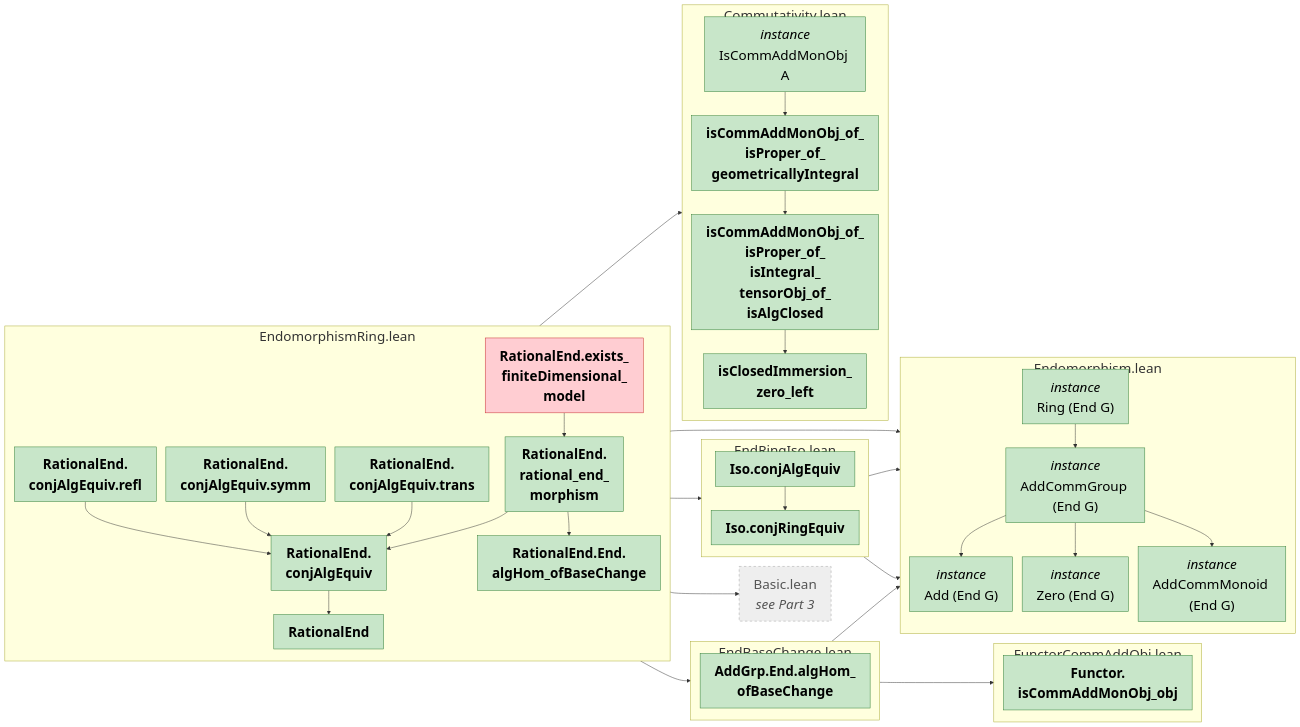
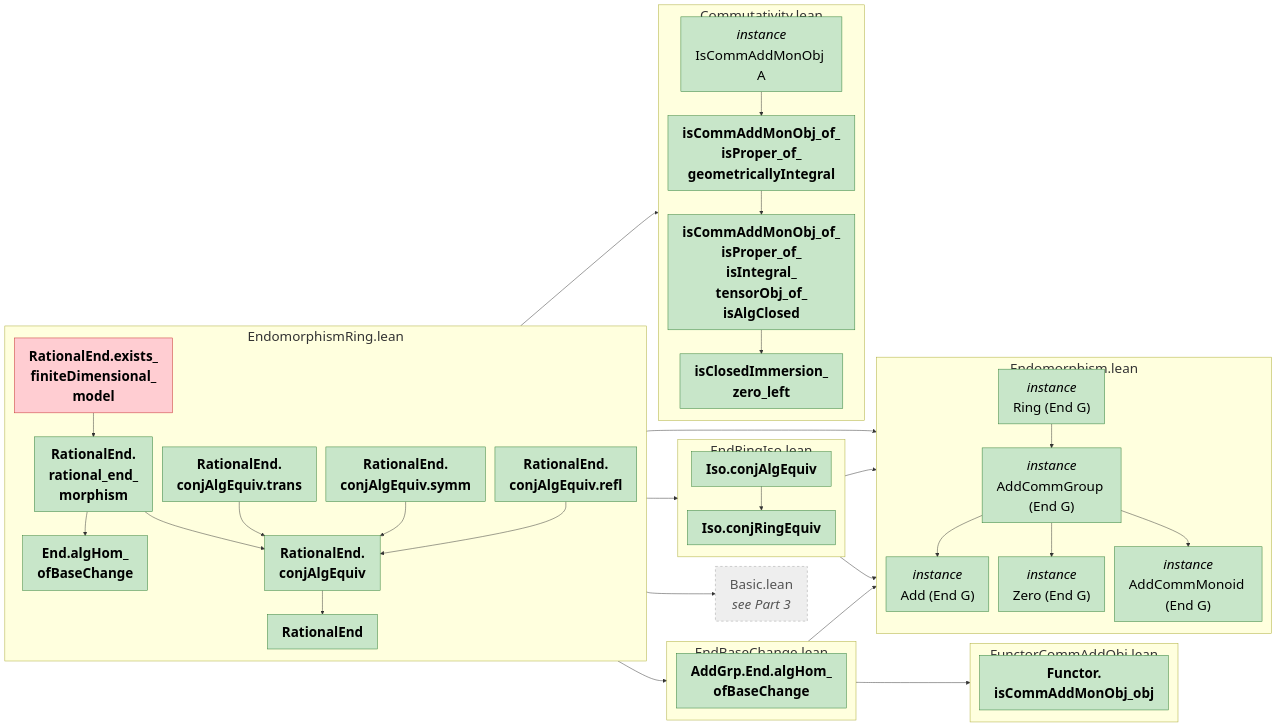
One commit to abhijitaj1997/CMAbelianVarieties changed the second of 4 diagrams in CMAbelianVarieties/MindMapStep2.md. Above: the diagram before and after it, drawn with Mermaid. The commit also changed other lines of this file and 7 other files, not shown here.

````diff
--- a/CMAbelianVarieties/MindMapStep2.md
+++ b/CMAbelianVarieties/MindMapStep2.md
@@ -124,77 +124,77 @@
 ```mermaid
 %%{init: {"flowchart": {"useMaxWidth": false, "rankSpacing": 25, "nodeSpacing": 20}, "themeVariables": {"fontSize": "28px"}}}%%
 graph LR
   subgraph m_CMAbelianVarieties_AbstractNonsense_EndBaseChange["EndBaseChange.lean"]
     direction TB
     n_AddGrp_End_algHom_ofBaseChange["<b>AddGrp.End.algHom_<br/>ofBaseChange</b>"]
   end
   subgraph m_CMAbelianVarieties_AbstractNonsense_EndRingIso["EndRingIso.lean"]
     direction TB
     n_CategoryTheory_Iso_conjAlgEquiv["<b>Iso.conjAlgEquiv</b>"]
     n_CategoryTheory_Iso_conjRingEquiv["<b>Iso.conjRingEquiv</b>"]
   end
   subgraph m_CMAbelianVarieties_AlgebraicGeometry_AbelianVarieties_Commutativity["Commutativity.lean"]
     direction TB
     n_AlgebraicGeometry_isClosedImmersion_zero_left["<b>isClosedImmersion_<br/>zero_left</b>"]
     n_AlgebraicGeometry_isCommAddMonObj_of_isProper_of_geometricallyIntegral["<b>isCommAddMonObj_of_<br/>isProper_of_<br/>geometricallyIntegral</b>"]
     n_AlgebraicGeometry_isCommAddMonObj_of_isProper_of_isIntegral_tensorObj_of_isAlgClosed["<b>isCommAddMonObj_of_<br/>isProper_of_<br/>isIntegral_<br/>tensorObj_of_<br/>isAlgClosed</b>"]
     n_instIsCommAddMonObjOverSchemeSpecOf_cMAbelianVarieties["<i>instance</i><br/>IsCommAddMonObj A"]
   end
   subgraph m_CMAbelianVarieties_AlgebraicGeometry_AbelianVarieties_Homomorphism_EndomorphismRing["EndomorphismRing.lean"]
     direction TB
+    n_End_algHom_ofBaseChange["<b>End.algHom_<br/>ofBaseChange</b>"]
     n_RationalEnd["<b>RationalEnd</b>"]
-    n_RationalEnd_End_algHom_ofBaseChange["<b>RationalEnd.End.<br/>algHom_ofBaseChange</b>"]
     n_RationalEnd_conjAlgEquiv["<b>RationalEnd.<br/>conjAlgEquiv</b>"]
     n_RationalEnd_conjAlgEquiv_refl["<b>RationalEnd.<br/>conjAlgEquiv.refl</b>"]
     n_RationalEnd_conjAlgEquiv_symm["<b>RationalEnd.<br/>conjAlgEquiv.symm</b>"]
     n_RationalEnd_conjAlgEquiv_trans["<b>RationalEnd.<br/>conjAlgEquiv.trans</b>"]
     n_RationalEnd_exists_finiteDimensional_model["<b>RationalEnd.exists_<br/>finiteDimensional_<br/>model</b>"]
     n_RationalEnd_rational_end_morphism["<b>RationalEnd.<br/>rational_end_<br/>morphism</b>"]
   end
   subgraph m_CMAbelianVarieties_ForMathlib_Endomorphism["Endomorphism.lean"]
     direction TB
     n_AddGrp_End_instAddCommGroupEndAddGrpOfIsCommAddMonObjX_cMAbelianVarieties["<i>instance</i><br/>AddCommGroup (End G)"]
     n_AddGrp_End_instAddEndAddGrpOfIsCommAddMonObjX_cMAbelianVarieties["<i>instance</i><br/>Add (End G)"]
     n_AddGrp_End_instRingEndAddGrpOfIsCommAddMonObjX_cMAbelianVarieties["<i>instance</i><br/>Ring (End G)"]
     n_AddGrp_End_instZeroEndAddGrp_cMAbelianVarieties["<i>instance</i><br/>Zero (End G)"]
     n_AddMon_End_instAddCommMonoidEndAddMonOfIsCommAddMonObjX_cMAbelianVarieties["<i>instance</i><br/>AddCommMonoid (End G)"]
   end
   subgraph m_CMAbelianVarieties_ForMathlib_FunctorCommAddObj["FunctorCommAddObj.lean"]
     direction TB
     n_Functor_isCommAddMonObj_obj["<b>Functor.<br/>isCommAddMonObj_obj</b>"]
   end
   x_CMAbelianVarieties_AlgebraicGeometry_Basic["Basic.lean<br/><i>see Part 3</i>"]
 
   n_AddGrp_End_algHom_ofBaseChange --> n_AddGrp_End_instRingEndAddGrpOfIsCommAddMonObjX_cMAbelianVarieties
   n_AddGrp_End_algHom_ofBaseChange --> n_Functor_isCommAddMonObj_obj
   n_AddGrp_End_instAddCommGroupEndAddGrpOfIsCommAddMonObjX_cMAbelianVarieties --> n_AddGrp_End_instAddEndAddGrpOfIsCommAddMonObjX_cMAbelianVarieties
   n_AddGrp_End_instAddCommGroupEndAddGrpOfIsCommAddMonObjX_cMAbelianVarieties --> n_AddGrp_End_instZeroEndAddGrp_cMAbelianVarieties
   n_AddGrp_End_instAddCommGroupEndAddGrpOfIsCommAddMonObjX_cMAbelianVarieties --> n_AddMon_End_instAddCommMonoidEndAddMonOfIsCommAddMonObjX_cMAbelianVarieties
   n_AddGrp_End_instRingEndAddGrpOfIsCommAddMonObjX_cMAbelianVarieties --> n_AddGrp_End_instAddCommGroupEndAddGrpOfIsCommAddMonObjX_cMAbelianVarieties
   n_AlgebraicGeometry_isCommAddMonObj_of_isProper_of_geometricallyIntegral --> n_AlgebraicGeometry_isCommAddMonObj_of_isProper_of_isIntegral_tensorObj_of_isAlgClosed
   n_AlgebraicGeometry_isCommAddMonObj_of_isProper_of_isIntegral_tensorObj_of_isAlgClosed --> n_AlgebraicGeometry_isClosedImmersion_zero_left
   n_CategoryTheory_Iso_conjAlgEquiv --> n_AddGrp_End_instRingEndAddGrpOfIsCommAddMonObjX_cMAbelianVarieties
   n_CategoryTheory_Iso_conjAlgEquiv --> n_CategoryTheory_Iso_conjRingEquiv
   n_CategoryTheory_Iso_conjRingEquiv --> n_AddGrp_End_instAddEndAddGrpOfIsCommAddMonObjX_cMAbelianVarieties
   n_RationalEnd --> n_AddGrp_End_instRingEndAddGrpOfIsCommAddMonObjX_cMAbelianVarieties
   n_RationalEnd --> n_instIsCommAddMonObjOverSchemeSpecOf_cMAbelianVarieties
-  n_RationalEnd_End_algHom_ofBaseChange --> n_AddGrp_End_algHom_ofBaseChange
-  n_RationalEnd_End_algHom_ofBaseChange --> x_CMAbelianVarieties_AlgebraicGeometry_Basic
+  n_End_algHom_ofBaseChange --> n_AddGrp_End_algHom_ofBaseChange
+  n_End_algHom_ofBaseChange --> x_CMAbelianVarieties_AlgebraicGeometry_Basic
   n_RationalEnd_conjAlgEquiv --> n_CategoryTheory_Iso_conjAlgEquiv
   n_RationalEnd_conjAlgEquiv --> n_RationalEnd
   n_RationalEnd_conjAlgEquiv_refl --> n_RationalEnd_conjAlgEquiv
   n_RationalEnd_conjAlgEquiv_symm --> n_RationalEnd_conjAlgEquiv
   n_RationalEnd_conjAlgEquiv_trans --> n_RationalEnd_conjAlgEquiv
   n_RationalEnd_exists_finiteDimensional_model --> n_RationalEnd_rational_end_morphism
-  n_RationalEnd_rational_end_morphism --> n_RationalEnd_End_algHom_ofBaseChange
+  n_RationalEnd_rational_end_morphism --> n_End_algHom_ofBaseChange
   n_RationalEnd_rational_end_morphism --> n_RationalEnd_conjAlgEquiv
   n_instIsCommAddMonObjOverSchemeSpecOf_cMAbelianVarieties --> n_AlgebraicGeometry_isCommAddMonObj_of_isProper_of_geometricallyIntegral
 
   classDef ok fill:#c8e6c9,stroke:#2e7d32,color:#000
   classDef bad fill:#ffcdd2,stroke:#c62828,color:#000
   classDef main fill:#ffd54f,stroke:#b8860b,stroke-width:3px,color:#000
   classDef ext fill:#eeeeee,stroke:#9e9e9e,stroke-dasharray:5 5,color:#555
-  class n_AddGrp_End_algHom_ofBaseChange,n_AddGrp_End_instAddCommGroupEndAddGrpOfIsCommAddMonObjX_cMAbelianVarieties,n_AddGrp_End_instAddEndAddGrpOfIsCommAddMonObjX_cMAbelianVarieties,n_AddGrp_End_instRingEndAddGrpOfIsCommAddMonObjX_cMAbelianVarieties,n_AddGrp_End_instZeroEndAddGrp_cMAbelianVarieties,n_AddMon_End_instAddCommMonoidEndAddMonOfIsCommAddMonObjX_cMAbelianVarieties,n_AlgebraicGeometry_isClosedImmersion_zero_left,n_AlgebraicGeometry_isCommAddMonObj_of_isProper_of_geometricallyIntegral,n_AlgebraicGeometry_isCommAddMonObj_of_isProper_of_isIntegral_tensorObj_of_isAlgClosed,n_CategoryTheory_Iso_conjAlgEquiv,n_CategoryTheory_Iso_conjRingEquiv,n_Functor_isCommAddMonObj_obj,n_RationalEnd,n_RationalEnd_End_algHom_ofBaseChange,n_RationalEnd_conjAlgEquiv,n_RationalEnd_conjAlgEquiv_refl,n_RationalEnd_conjAlgEquiv_symm,n_RationalEnd_conjAlgEquiv_trans,n_RationalEnd_rational_end_morphism,n_instIsCommAddMonObjOverSchemeSpecOf_cMAbelianVarieties ok
+  class n_AddGrp_End_algHom_ofBaseChange,n_AddGrp_End_instAddCommGroupEndAddGrpOfIsCommAddMonObjX_cMAbelianVarieties,n_AddGrp_End_instAddEndAddGrpOfIsCommAddMonObjX_cMAbelianVarieties,n_AddGrp_End_instRingEndAddGrpOfIsCommAddMonObjX_cMAbelianVarieties,n_AddGrp_End_instZeroEndAddGrp_cMAbelianVarieties,n_AddMon_End_instAddCommMonoidEndAddMonOfIsCommAddMonObjX_cMAbelianVarieties,n_AlgebraicGeometry_isClosedImmersion_zero_left,n_AlgebraicGeometry_isCommAddMonObj_of_isProper_of_geometricallyIntegral,n_AlgebraicGeometry_isCommAddMonObj_of_isProper_of_isIntegral_tensorObj_of_isAlgClosed,n_CategoryTheory_Iso_conjAlgEquiv,n_CategoryTheory_Iso_conjRingEquiv,n_End_algHom_ofBaseChange,n_Functor_isCommAddMonObj_obj,n_RationalEnd,n_RationalEnd_conjAlgEquiv,n_RationalEnd_conjAlgEquiv_refl,n_RationalEnd_conjAlgEquiv_symm,n_RationalEnd_conjAlgEquiv_trans,n_RationalEnd_rational_end_morphism,n_instIsCommAddMonObjOverSchemeSpecOf_cMAbelianVarieties ok
   class n_RationalEnd_exists_finiteDimensional_model bad
   class x_CMAbelianVarieties_AlgebraicGeometry_Basic ext
 ```
````
